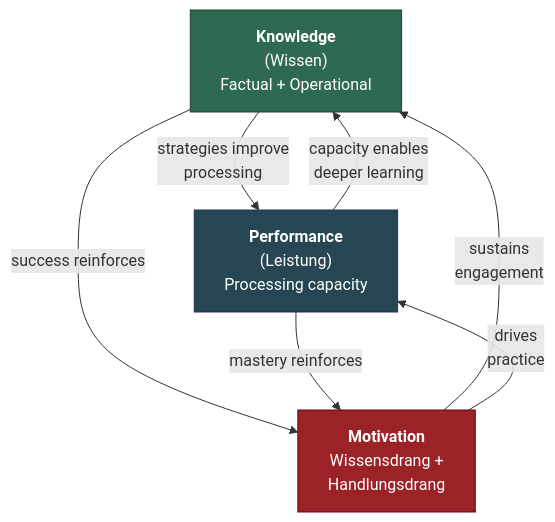
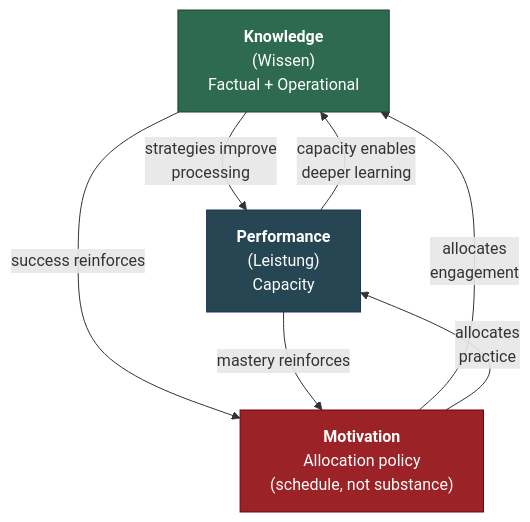
One commit to JeltzProstetnic/aIware changed the diagram in wiki/intelligence/overview.md. Above: the diagram before and after it, drawn with Mermaid. The commit also changed other lines of this file and 124 other files, not shown here.

````diff
--- a/wiki/intelligence/overview.md
+++ b/wiki/intelligence/overview.md
@@ -39,17 +44,17 @@
 ```mermaid
 graph TB
     K["<b>Knowledge</b><br/>(Wissen)<br/>Factual + Operational"]
-    P["<b>Performance</b><br/>(Leistung)<br/>Processing capacity"]
-    M["<b>Motivation</b><br/>Wissensdrang +<br/>Handlungsdrang"]
+    P["<b>Performance</b><br/>(Leistung)<br/>Capacity"]
+    M["<b>Motivation</b><br/>Allocation policy<br/>(schedule, not substance)"]
 
     K -->|"strategies improve<br/>processing"| P
     P -->|"capacity enables<br/>deeper learning"| K
-    M -->|"sustains<br/>engagement"| K
-    M -->|"drives<br/>practice"| P
+    M -->|"allocates<br/>engagement"| K
+    M -->|"allocates<br/>practice"| P
     K -->|"success reinforces"| M
     P -->|"mastery reinforces"| M
 
     style K fill:#2d6a4f,color:#fff,stroke:#1b4332
     style P fill:#264653,color:#fff,stroke:#1d3557
     style M fill:#9b2226,color:#fff,stroke:#6a040f
 ```
````
